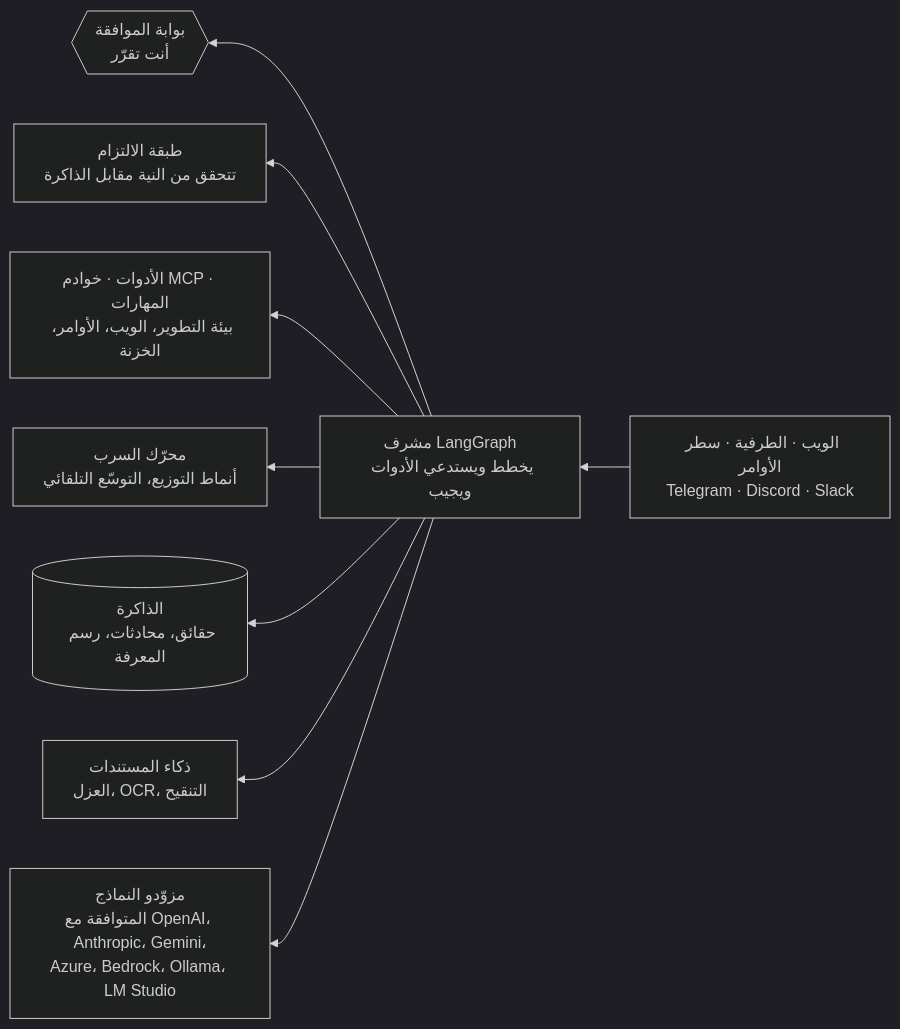
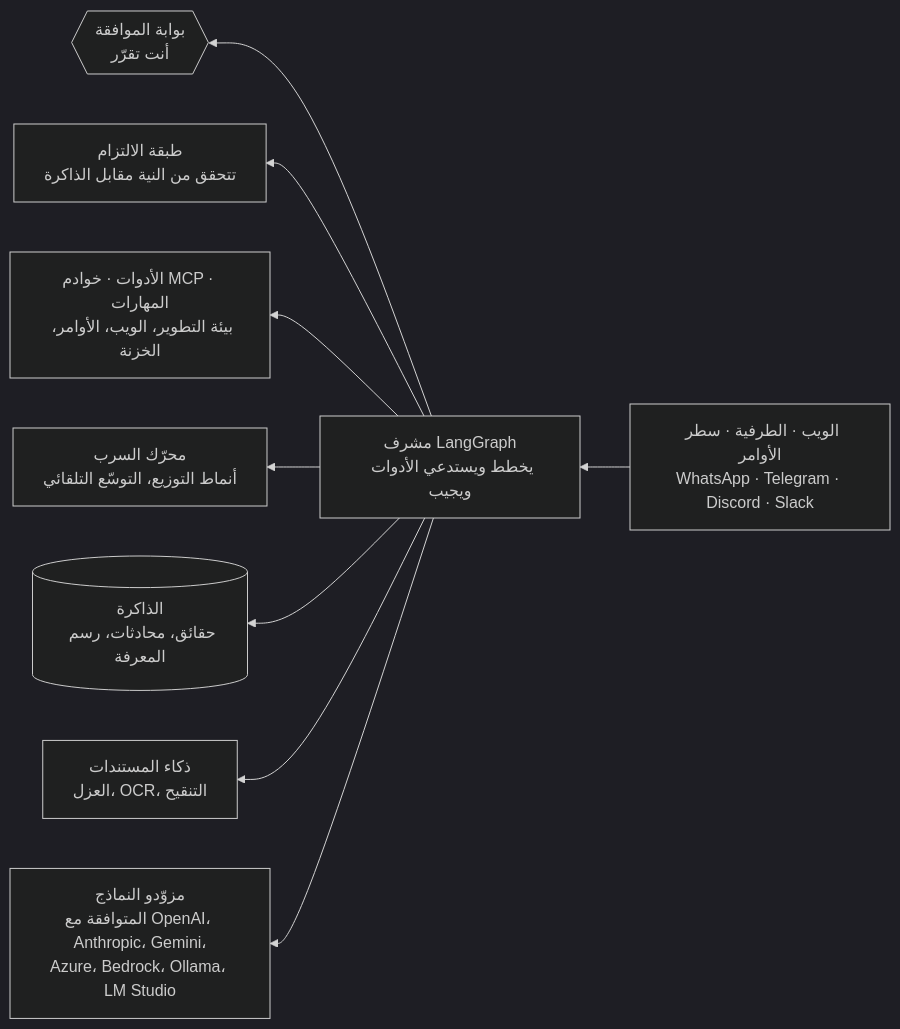
The diagram in README.ar.md (Mubder/kazma), drawn with Mermaid (dark theme) before and after one commit. The commit also changed other lines of this file and 8 other files, not shown here.

````diff
--- a/README.ar.md
+++ b/README.ar.md
@@ -318,12 +335,12 @@
 ```mermaid
 flowchart RL
-    U["الويب · الطرفية · سطر الأوامر<br/>Telegram · Discord · Slack"] --> S
+    U["الويب · الطرفية · سطر الأوامر<br/>WhatsApp · Telegram · Discord · Slack"] --> S
     S["مشرف LangGraph<br/>يخطط ويستدعي الأدوات ويجيب"]
     S --> H{{"بوابة الموافقة<br/>أنت تقرّر"}}
     S --> C["طبقة الالتزام<br/>تتحقق من النية مقابل الذاكرة"]
     S --> T["الأدوات · خوادم MCP · المهارات<br/>بيئة التطوير، الويب، الأوامر، الخزنة"]
     S --> W["محرّك السرب<br/>أنماط التوزيع، التوسّع التلقائي"]
     S --> M[("الذاكرة<br/>حقائق، محادثات، رسم المعرفة")]
     S --> D["ذكاء المستندات<br/>العزل، OCR، التنقيح"]
     S --> P["مزوّدو النماذج<br/>المتوافقة مع OpenAI، Anthropic، Gemini،<br/>Azure، Bedrock، Ollama، LM Studio"]
 ```
````
